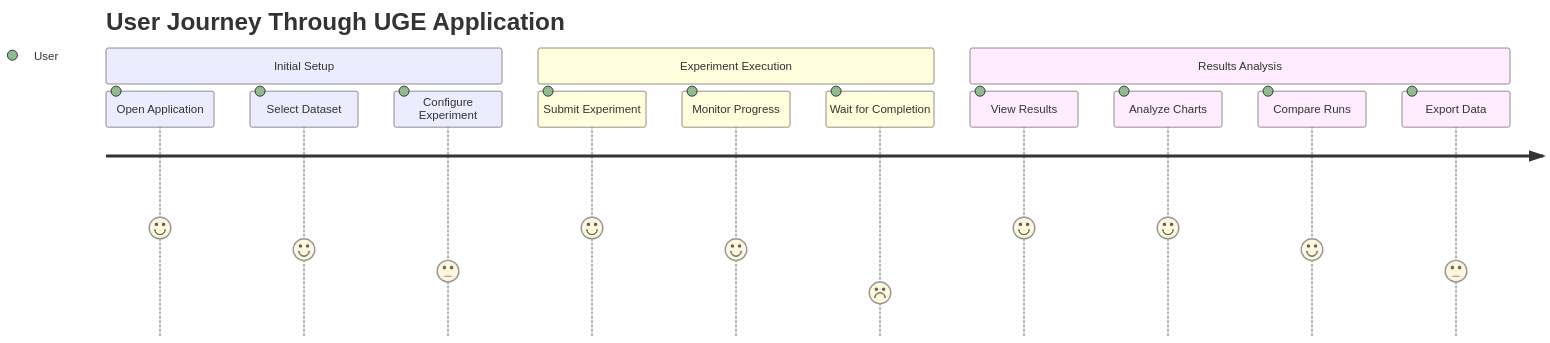
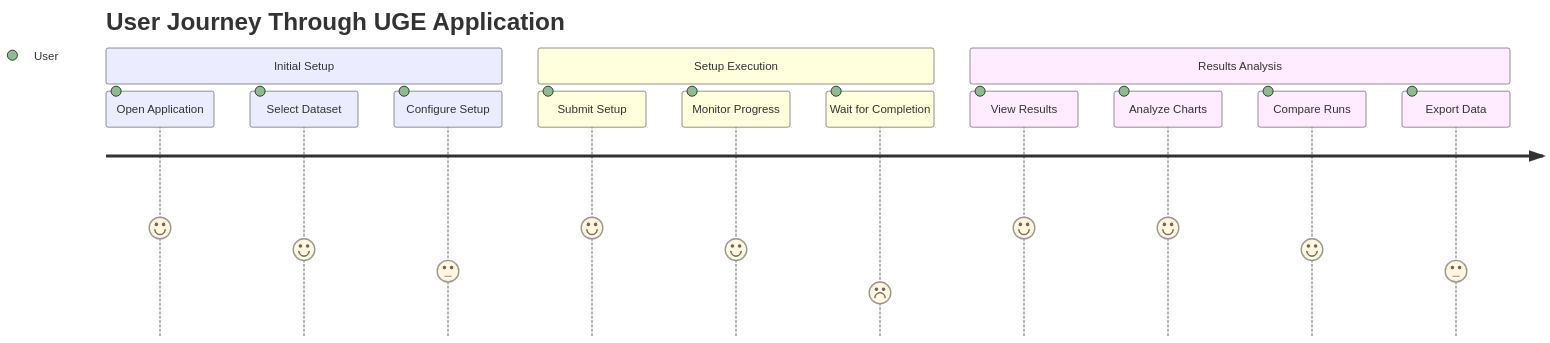
Before and after one commit to aghilhooshmand/UGE: the seventh of 8 diagrams in ARCHITECTURE_DIAGRAMS.md, drawn with Mermaid. The commit also changed other lines of this file and 24 other files, not shown here.

````diff
--- a/ARCHITECTURE_DIAGRAMS.md
+++ b/ARCHITECTURE_DIAGRAMS.md
@@ -499,17 +499,17 @@
 ```mermaid
 journey
     title User Journey Through UGE Application
     section Initial Setup
       Open Application: 5: User
       Select Dataset: 4: User
-      Configure Experiment: 3: User
-    section Experiment Execution
-      Submit Experiment: 5: User
+      Configure Setup: 3: User
+    section Setup Execution
+      Submit Setup: 5: User
       Monitor Progress: 4: User
       Wait for Completion: 2: User
     section Results Analysis
       View Results: 5: User
       Analyze Charts: 5: User
       Compare Runs: 4: User
       Export Data: 3: User
 ```
````
